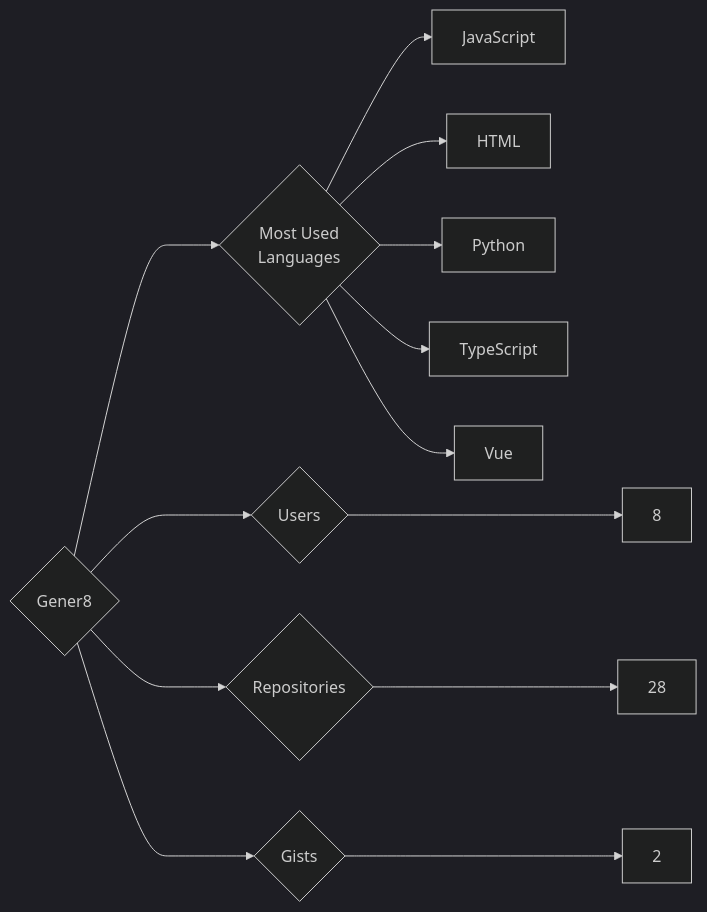
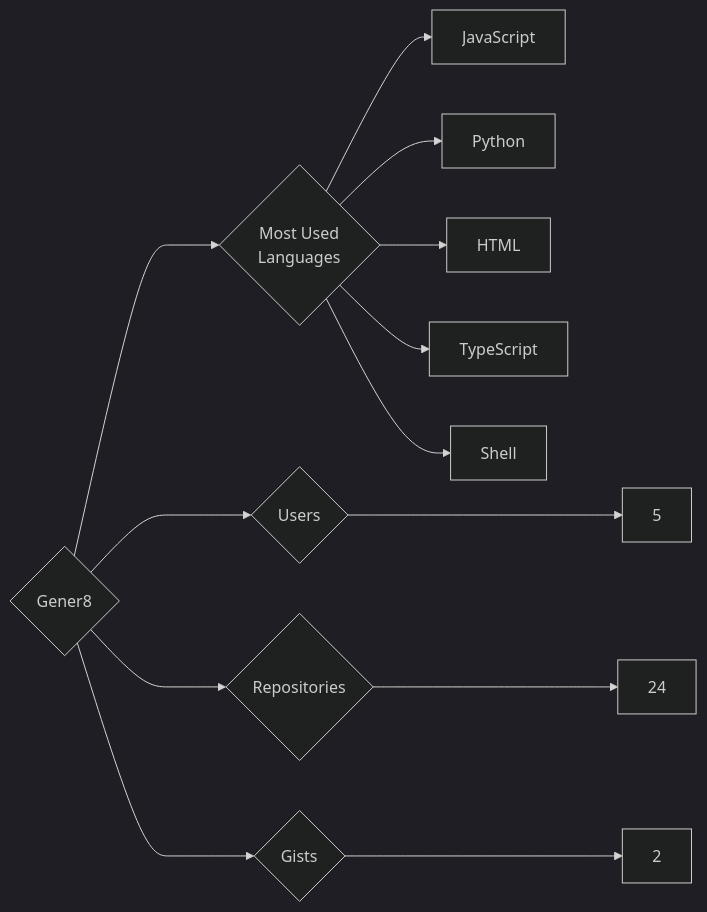
One commit to trickest/insiders changed the diagram in targets/Gener8/README.md. Above: the diagram before and after it, drawn with Mermaid (dark theme). The commit also changed 1238 other files, not shown here.

````diff
--- a/targets/Gener8/README.md
+++ b/targets/Gener8/README.md
@@ -3,13 +3,13 @@
 ```mermaid
 graph LR
 COMPANY_NAME{Gener8}
-COMPANY_NAME ---> U{Users} ---> UN[8]
-COMPANY_NAME ---> R{Repositories} ---> RN[28]
+COMPANY_NAME ---> U{Users} ---> UN[5]
+COMPANY_NAME ---> R{Repositories} ---> RN[24]
 COMPANY_NAME ---> G{Gists} ---> GN[2]
 COMPANY_NAME ---> ML{Most Used<br>Languages}
 ML --> JavaScript[JavaScript]
+ML --> Python[Python]
 ML --> HTML[HTML]
-ML --> Python[Python]
 ML --> TypeScript[TypeScript]
-ML --> Vue[Vue]
+ML --> Shell[Shell]
 ```
````
